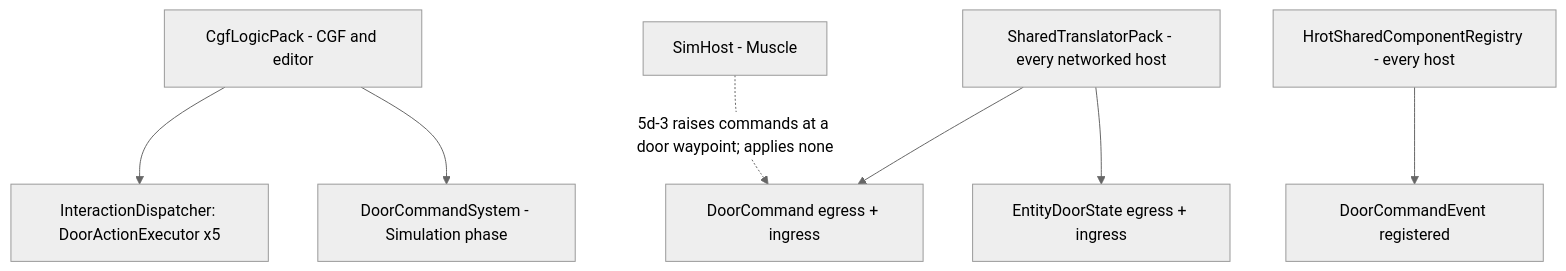
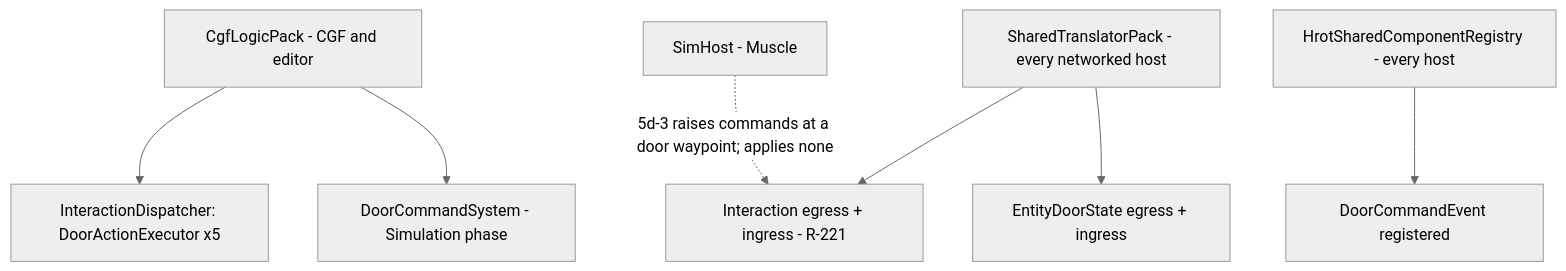
Diagram 19 of 22 in docs/DESIGN_Building_Interiors.md (pjanec/HROT), drawn with Mermaid (neutral theme) before and after one commit. The commit also changed other lines of this file and 10 other files, not shown here.

````diff
--- a/docs/DESIGN_Building_Interiors.md
+++ b/docs/DESIGN_Building_Interiors.md
@@ -831,9 +831,9 @@
 ```mermaid
 graph TD
     CGF[CgfLogicPack - CGF and editor] --> DIS[InteractionDispatcher: DoorActionExecutor x5]
     CGF --> DCS[DoorCommandSystem - Simulation phase]
-    STP[SharedTranslatorPack - every networked host] --> EG[DoorCommand egress + ingress]
+    STP[SharedTranslatorPack - every networked host] --> EG[Interaction egress + ingress - R-221]
     STP --> DSE[EntityDoorState egress + ingress]
     REG[HrotSharedComponentRegistry - every host] --> EV[DoorCommandEvent registered]
     SIM[SimHost - Muscle] -.->|5d-3 raises commands at a door waypoint; applies none| EG
 ```
````
